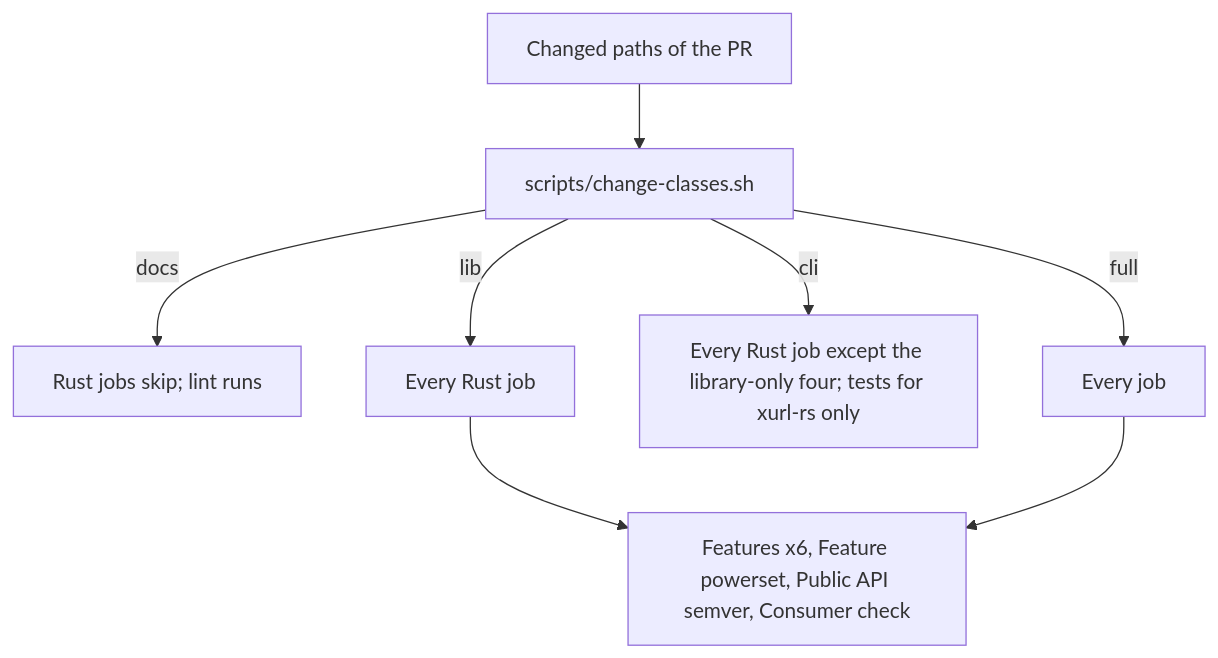
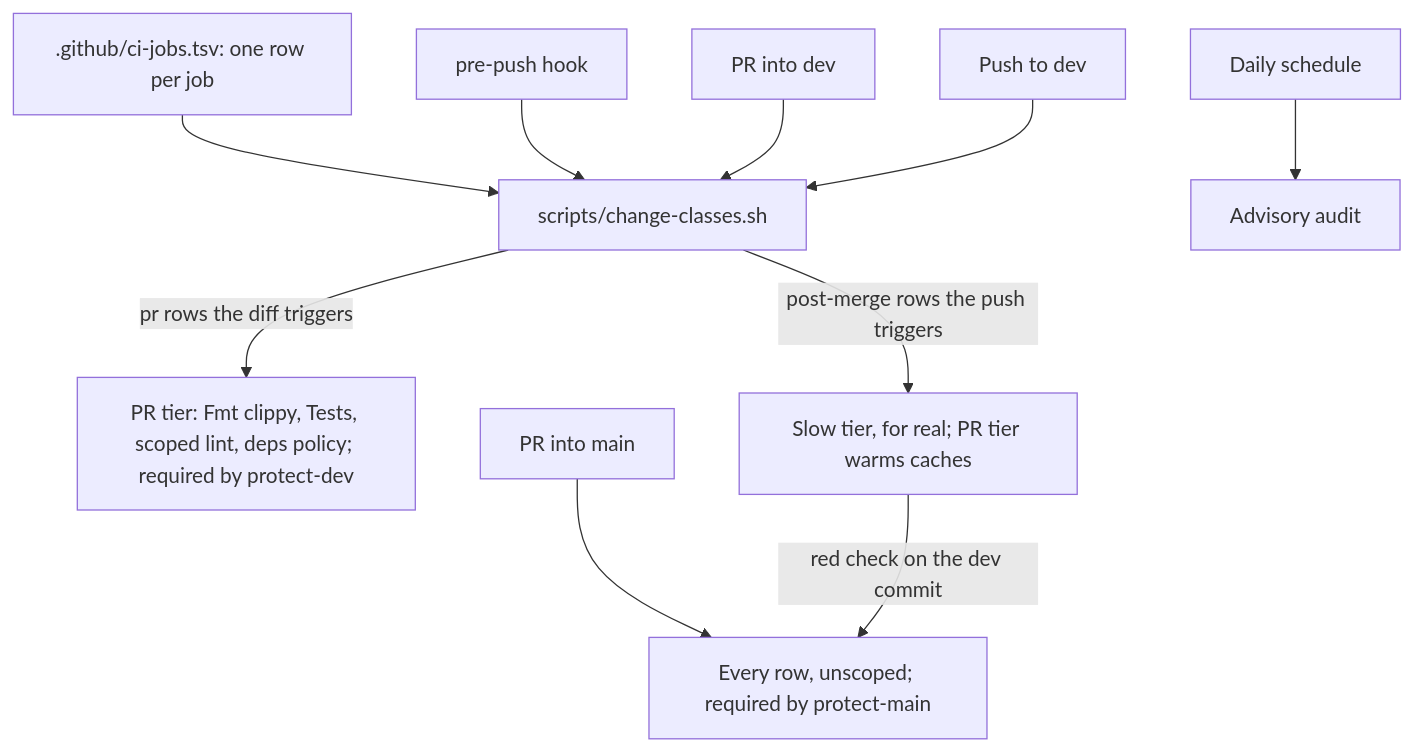
One commit to brettdavies/xurl-rs changed the first of 3 diagrams in docs/plans/2026-10-27-0058-perf-ci-scoping-and-speed-plan.md. Above: the diagram before and after it, drawn with Mermaid. The commit also changed other lines of this file, not shown here.

First line of the commit message:
docs(plans): tier the CI jobs and justify each one

````diff
--- a/docs/plans/2026-10-27-0058-perf-ci-scoping-and-speed-plan.md
+++ b/docs/plans/2026-10-27-0058-perf-ci-scoping-and-speed-plan.md
@@ -267,10 +317,12 @@
 ```mermaid
 flowchart TB
-  P[Changed paths of the PR] --> C[scripts/change-classes.sh]
-  C -->|docs| D[Rust jobs skip; lint runs]
-  C -->|lib| L[Every Rust job]
-  C -->|cli| CL[Every Rust job except the library-only four; tests for xurl-rs only]
-  C -->|full| F[Every job]
-  L --> LO[Features x6, Feature powerset, Public API semver, Consumer check]
-  F --> LO
+  T[.github/ci-jobs.tsv: one row per job] --> C[scripts/change-classes.sh]
+  H[pre-push hook] --> C
+  PR[PR into dev] --> C
+  C -->|pr rows the diff triggers| F[PR tier: Fmt clippy, Tests, scoped lint, deps policy; required by protect-dev]
+  PD[Push to dev] --> C
+  C -->|post-merge rows the push triggers| S[Slow tier, for real; PR tier warms caches]
+  PM[PR into main] --> A[Every row, unscoped; required by protect-main]
+  SCH[Daily schedule] --> ADV[Advisory audit]
+  S -->|red check on the dev commit| A
 ```
````
